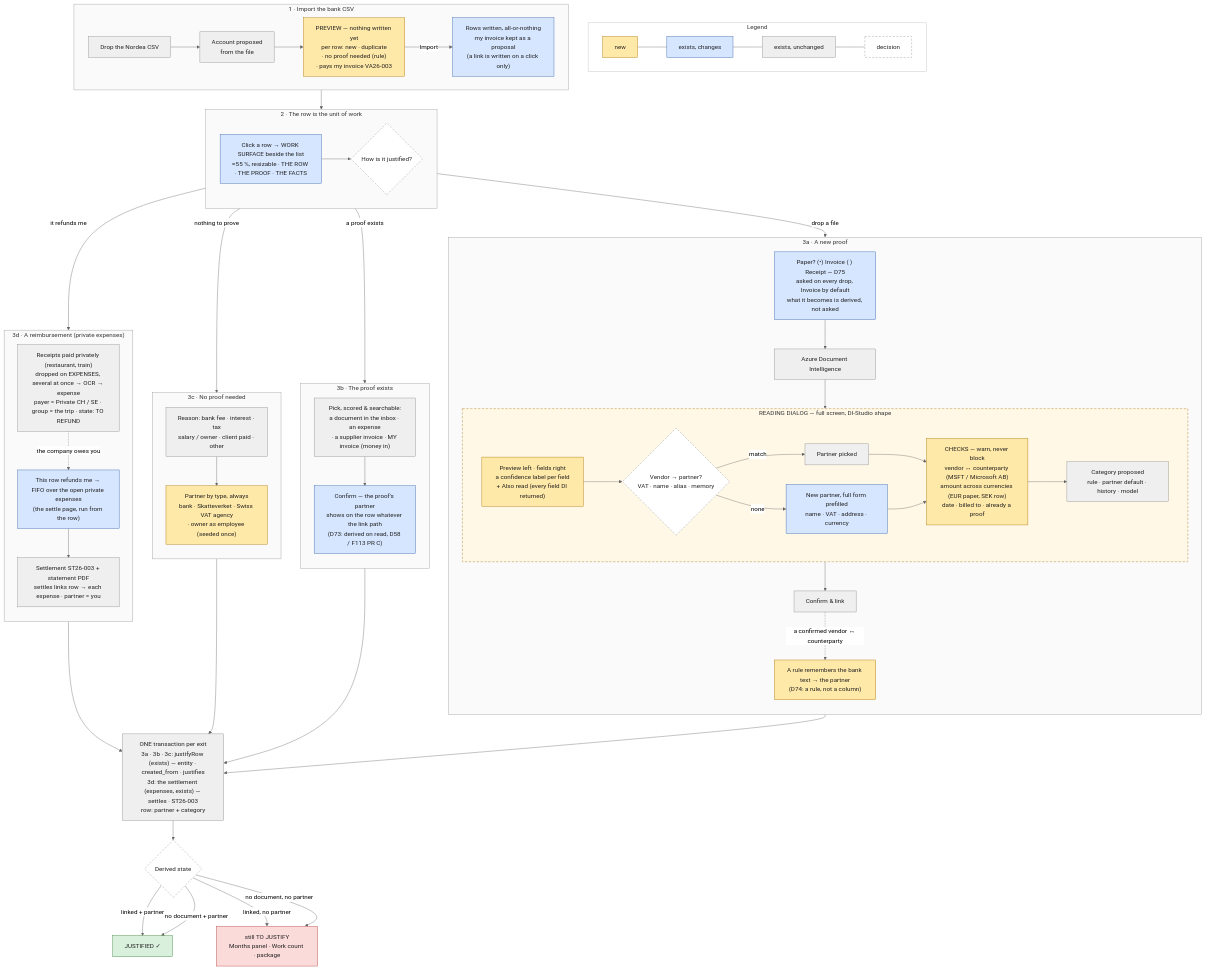
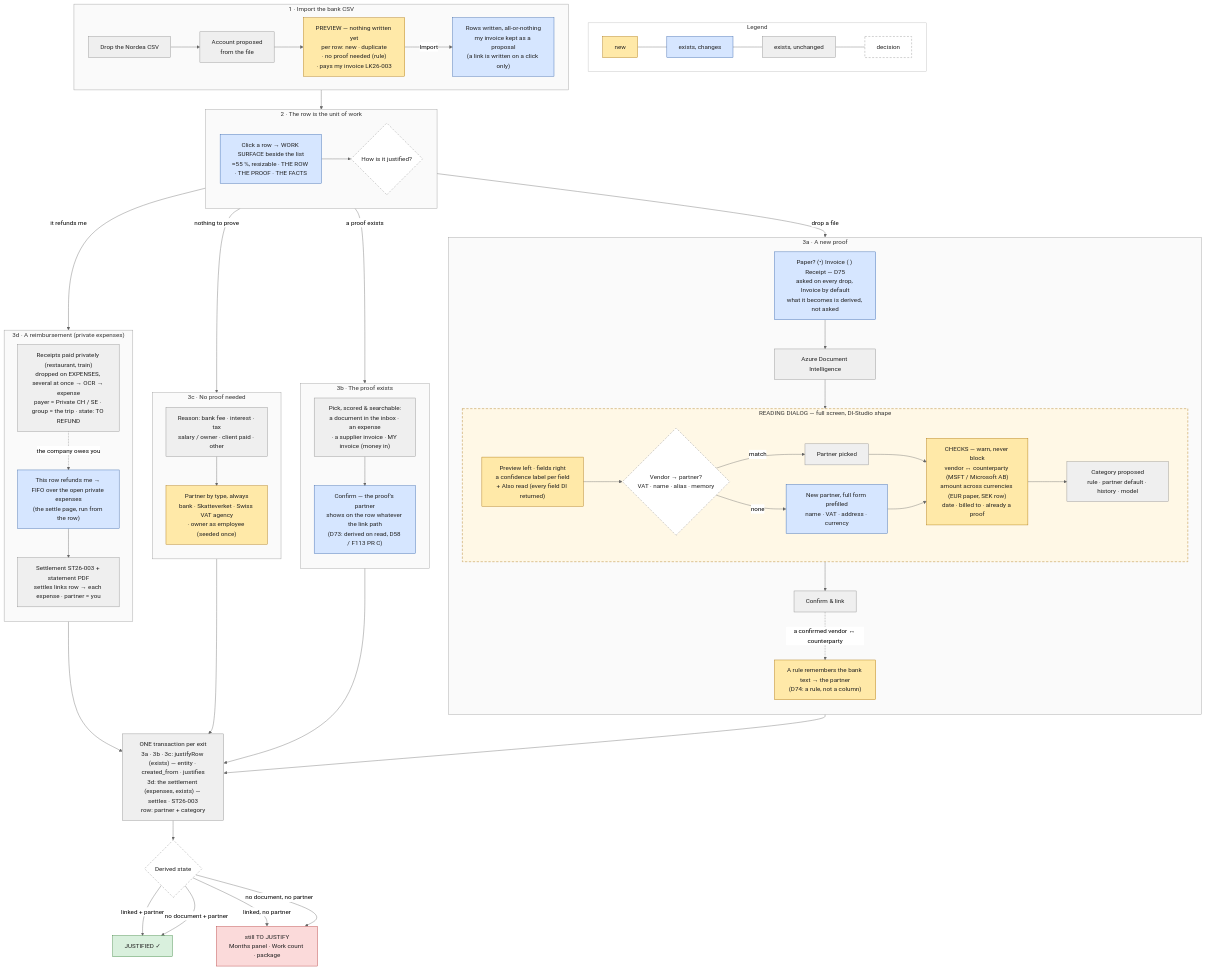
Before and after one commit to zzKool/af: the diagram in docs/review-2026-10-31.md, drawn with Mermaid (neutral theme). The commit also changed other lines of this file and 88 other files, not shown here.

```diff
--- a/docs/review-2026-10-31.md
+++ b/docs/review-2026-10-31.md
@@ -38,7 +38,7 @@
   subgraph S1[" 1 · Import the bank CSV "]
     direction LR
     I1[Drop the Nordea CSV]:::keep --> I2["Account proposed<br/>from the file"]:::keep
-    I2 --> I3["PREVIEW — nothing written yet<br/>per row: new · duplicate<br/>· no proof needed (rule)<br/>· pays my invoice VA26-003"]:::new
+    I2 --> I3["PREVIEW — nothing written yet<br/>per row: new · duplicate<br/>· no proof needed (rule)<br/>· pays my invoice LK26-003"]:::new
     I3 -->|Import| I4["Rows written, all-or-nothing<br/>my invoice kept as a proposal<br/>(a link is written on a click only)"]:::changed
   end
 
```
